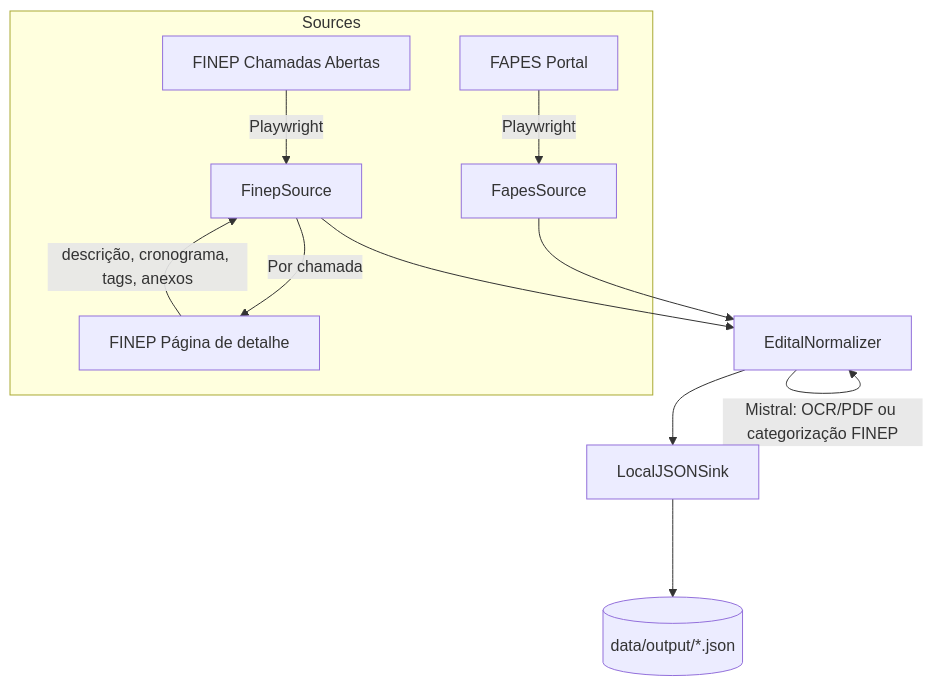
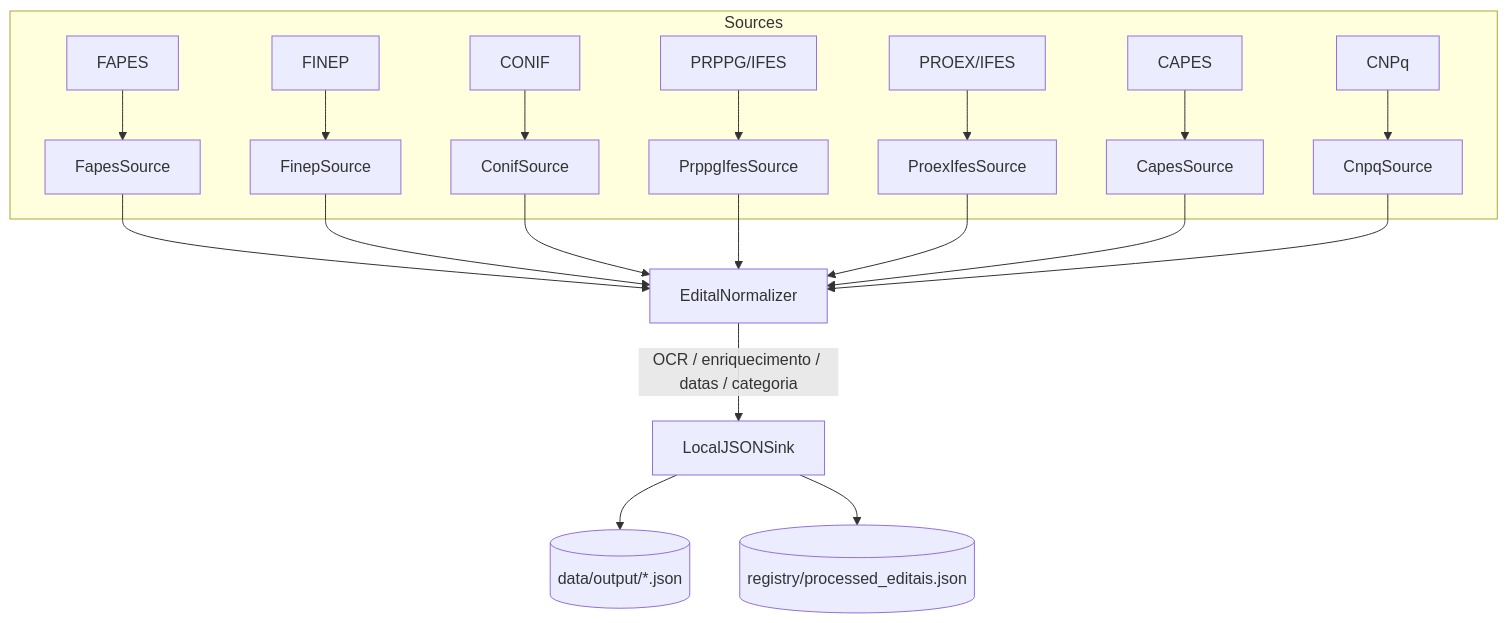
One commit to ifesserra-lab/retrieve_edital changed the diagram in docs/etl_architecture.md. Above: the diagram before and after it, drawn with Mermaid. The commit also changed other lines of this file and 18 other files, not shown here.

First line of the commit message:
feat: adiciona fluxo PROEX/IFES e documenta integração

````diff
--- a/docs/etl_architecture.md
+++ b/docs/etl_architecture.md
@@ -14,14 +17,23 @@
 ```mermaid
 graph TB
     subgraph Sources
-        A1[FAPES Portal] -->|Playwright| B1[FapesSource]
-        A2[FINEP Chamadas Abertas] -->|Playwright| B2[FinepSource]
-        B2 -->|Por chamada| A3[FINEP Página de detalhe]
-        A3 -->|descrição, cronograma, tags, anexos| B2
+        A1[FAPES] --> B1[FapesSource]
+        A2[FINEP] --> B2[FinepSource]
+        A3[CONIF] --> B3[ConifSource]
+        A4[PRPPG/IFES] --> B4[PrppgIfesSource]
+        A5[PROEX/IFES] --> B5[ProexIfesSource]
+        A6[CAPES] --> B6[CapesSource]
+        A7[CNPq] --> B7[CnpqSource]
     end
+
     B1 --> C[EditalNormalizer]
     B2 --> C
-    C -->|Mistral: OCR/PDF ou categorização FINEP| C
-    C --> D[LocalJSONSink]
+    B3 --> C
+    B4 --> C
+    B5 --> C
+    B6 --> C
+    B7 --> C
+    C -->|OCR / enriquecimento / datas / categoria| D[LocalJSONSink]
     D --> E[(data/output/*.json)]
+    D --> F[(registry/processed_editais.json)]
 ```
````
